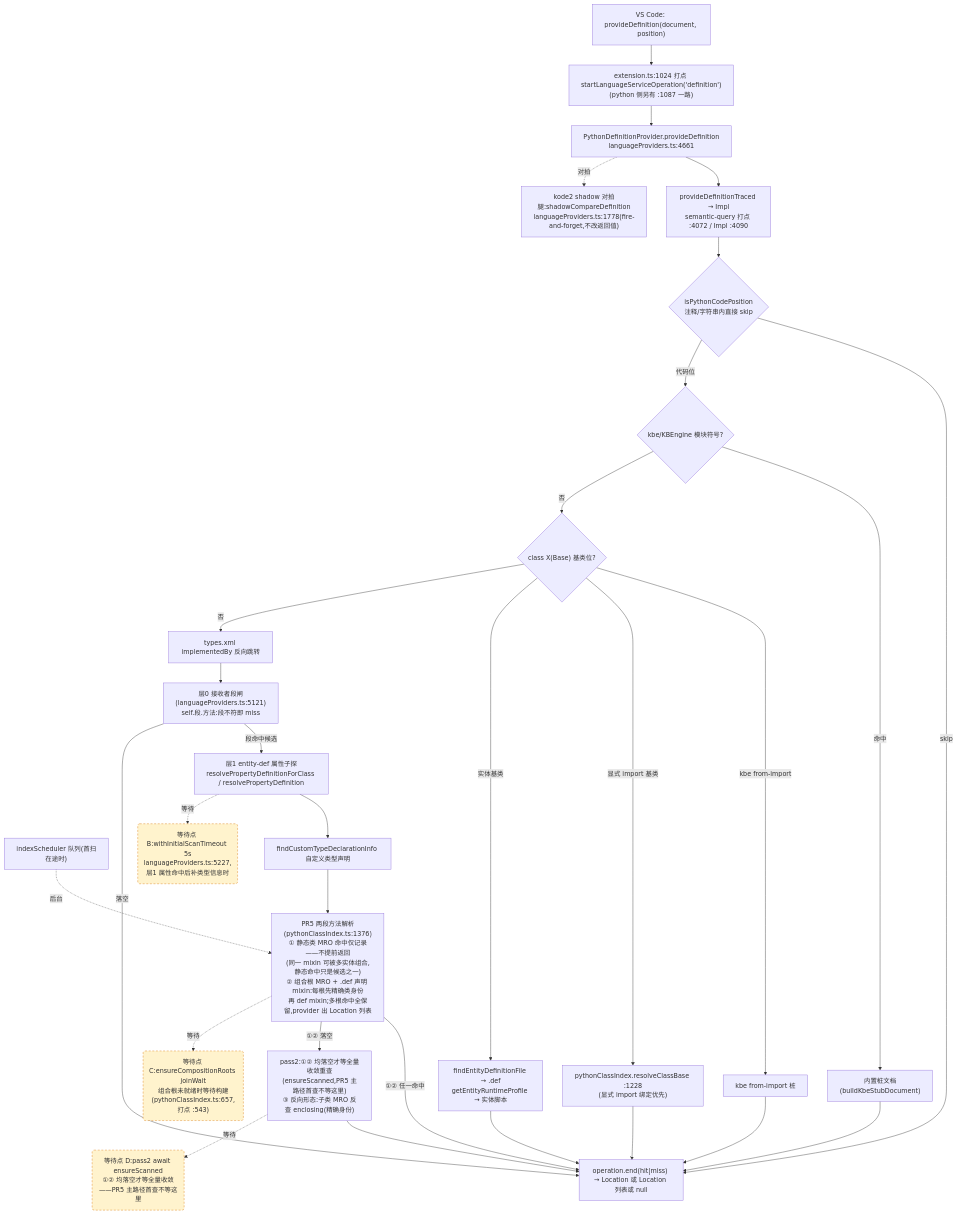
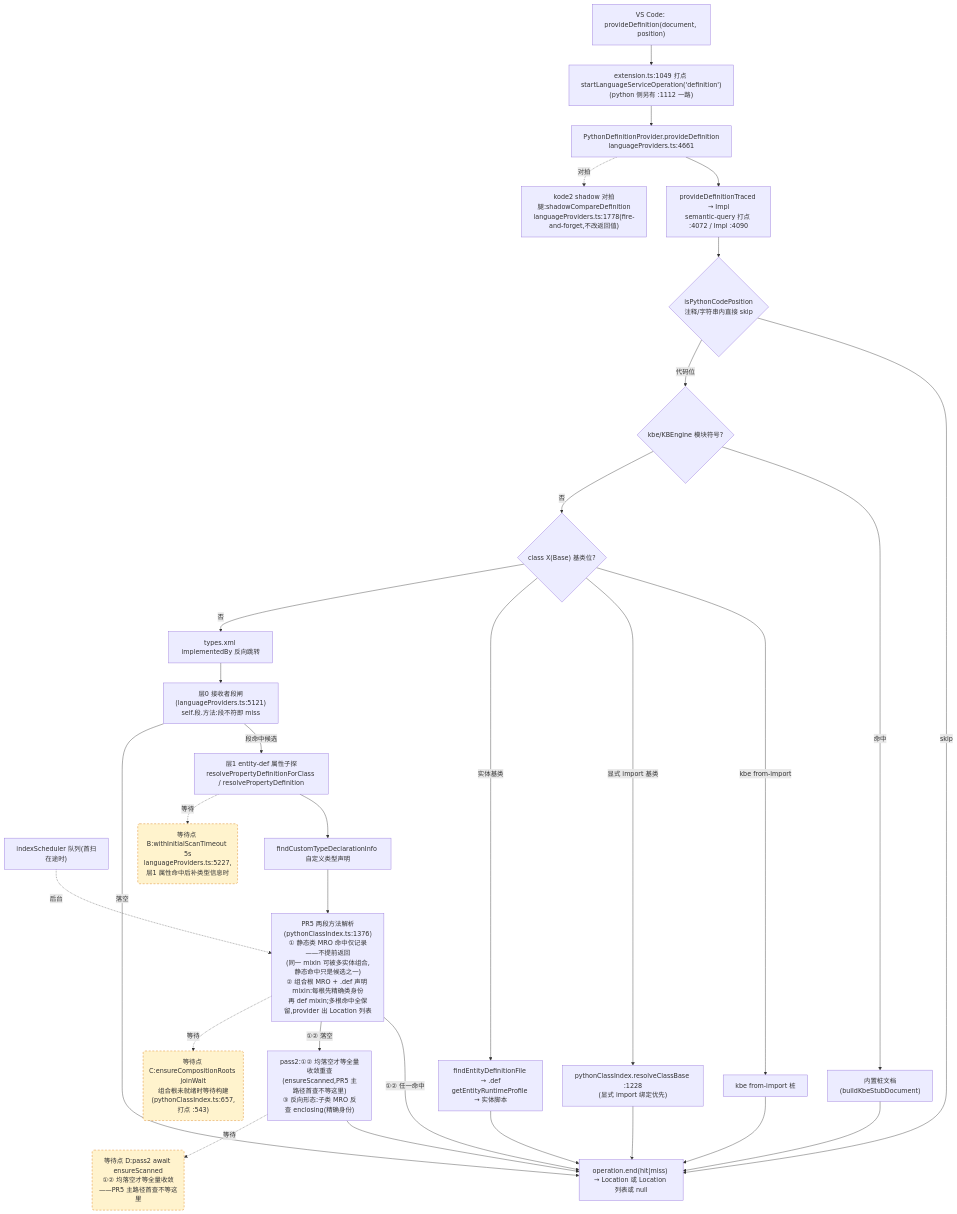
Before and after one commit to cuihairu/kode: the second of 4 diagrams in docs/perf/2026-baseline.md, drawn with Mermaid. The commit also changed other lines of this file and 12 other files, not shown here.

````diff
--- a/docs/perf/2026-baseline.md
+++ b/docs/perf/2026-baseline.md
@@ -130,51 +130,51 @@
 ```mermaid
 flowchart TD
   VC2["VS Code: provideDefinition(document, position)"]
-  M2["extension.ts:1024 打点 startLanguageServiceOperation('definition')<br/>(python 侧另有 :1087 一路)"]
+  M2["extension.ts:1049 打点 startLanguageServiceOperation('definition')<br/>(python 侧另有 :1112 一路)"]
   AD2["PythonDefinitionProvider.provideDefinition<br/>languageProviders.ts:4661"]
   TR["provideDefinitionTraced → Impl<br/>semantic-query 打点 :4072 / Impl :4090"]
   CTX{"isPythonCodePosition<br/>注释/字符串内直接 skip"}
   KBE{"kbe/KBEngine 模块符号?"}
   STUB["内置桩文档(buildKbeStubDocument)"]
   CB{"class X(Base) 基类位?"}
   CB1["kbe from-import 桩"]
   CB2["pythonClassIndex.resolveClassBase :1228<br/>(显式 import 绑定优先)"]
   CB3["findEntityDefinitionFile → .def<br/>getEntityRuntimeProfile → 实体脚本"]
   REV["types.xml implementedBy 反向跳转"]
   L0["层0 接收者段闸(languageProviders.ts:5121)<br/>self.段.方法:段不符即 miss"]
   L1["层1 entity-def 属性子探<br/>resolvePropertyDefinitionForClass / resolvePropertyDefinition"]
   SCAN["indexScheduler 队列(首扫在途时)"]
   TY["findCustomTypeDeclarationInfo 自定义类型声明"]
   MRO["PR5 两段方法解析(pythonClassIndex.ts:1376)<br/>① 静态类 MRO 命中仅记录——不提前返回<br/>(同一 mixin 可被多实体组合,静态命中只是候选之一)<br/>② 组合根 MRO + .def 声明 mixin:每根先精确类身份<br/>再 def mixin;多根命中全保留,provider 出 Location 列表"]
   PASS2["pass2:①② 均落空才等全量收敛重查<br/>(ensureScanned,PR5 主路径首查不等这里)<br/>③ 反向形态:子类 MRO 反查 enclosing(精确身份)"]
   SHD["kode2 shadow 对拍腿:shadowCompareDefinition<br/>languageProviders.ts:1778(fire-and-forget,不改返回值)"]
   END2["operation.end(hit|miss) → Location 或 Location 列表或 null"]
 
   VC2 --> M2 --> AD2 --> TR --> CTX
   CTX -- "skip" --> END2
   CTX -- "代码位" --> KBE
   KBE -- "命中" --> STUB --> END2
   KBE -- "否" --> CB
   CB -- "kbe from-import" --> CB1 --> END2
   CB -- "显式 import 基类" --> CB2 --> END2
   CB -- "实体基类" --> CB3 --> END2
   CB -- "否" --> REV --> L0
   L0 -- "段命中候选" --> L1
   L0 -- "落空" --> END2
   L1 --> TY
   TY --> MRO
   MRO -- "①② 任一命中" --> END2
   MRO -- "①② 落空" --> PASS2 --> END2
   AD2 -.->|对拍| SHD
 
   WAITB("等待点 B:withInitialScanTimeout 5s<br/>languageProviders.ts:5227,层1 属性命中后补类型信息时")
   WAITC("等待点 C:ensureCompositionRoots joinWait<br/>组合根未就绪时等待构建(pythonClassIndex.ts:657,打点 :543)")
   WAITD("等待点 D:pass2 await ensureScanned<br/>①② 均落空才等全量收敛——PR5 主路径首查不等这里")
   L1 -.->|等待| WAITB
   MRO -.->|等待| WAITC
   PASS2 -.->|等待| WAITD
   SCAN -.->|后台| MRO
 
   classDef waitPoint fill:#fff3cd,stroke:#d97706,stroke-dasharray:5 4;
   class WAITB,WAITC,WAITD waitPoint;
 ```
````
